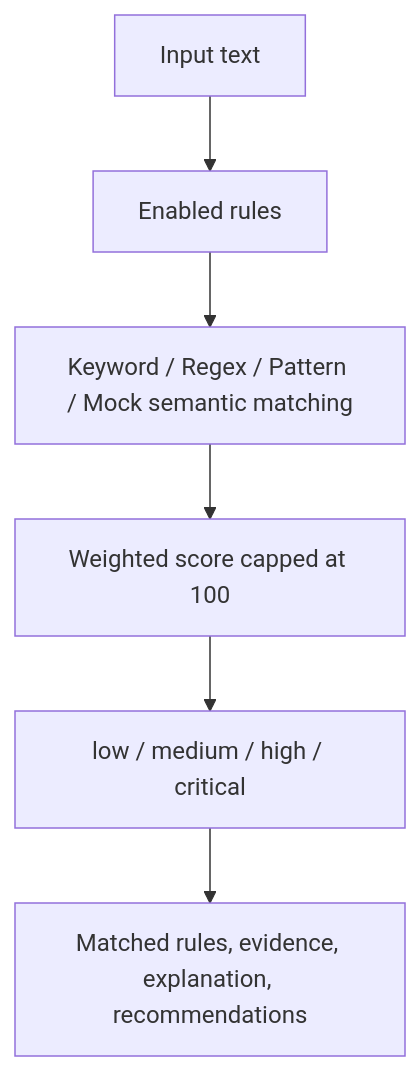
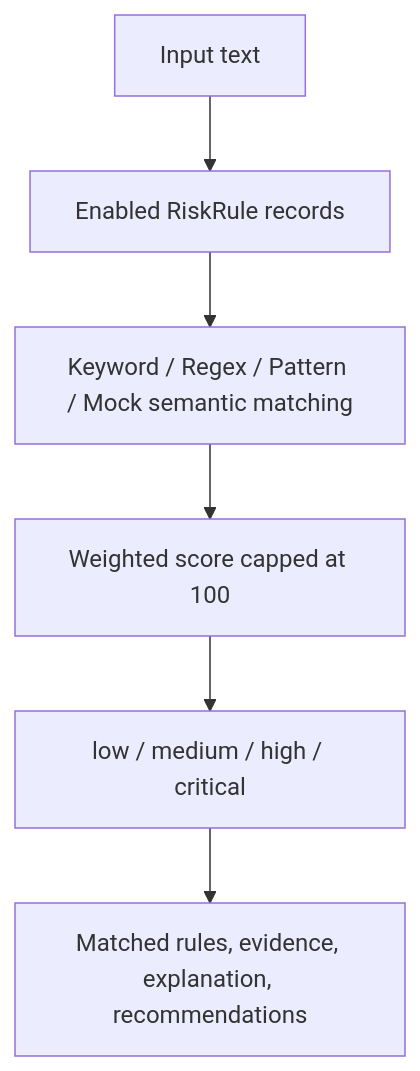
The diagram in docs/architecture.md (qiuweiyu/antifraud-knowledgehub), drawn with Mermaid before and after one commit. The commit also changed other lines of this file and 7 other files, not shown here.

````diff
--- a/docs/architecture.md
+++ b/docs/architecture.md
@@ -31,8 +61,8 @@
 ```mermaid
 flowchart TD
-  Input["Input text"] --> Rules["Enabled rules"]
+  Input["Input text"] --> Rules["Enabled RiskRule records"]
   Rules --> Match["Keyword / Regex / Pattern / Mock semantic matching"]
   Match --> Score["Weighted score capped at 100"]
   Score --> Level["low / medium / high / critical"]
   Level --> Output["Matched rules, evidence, explanation, recommendations"]
 ```
````
